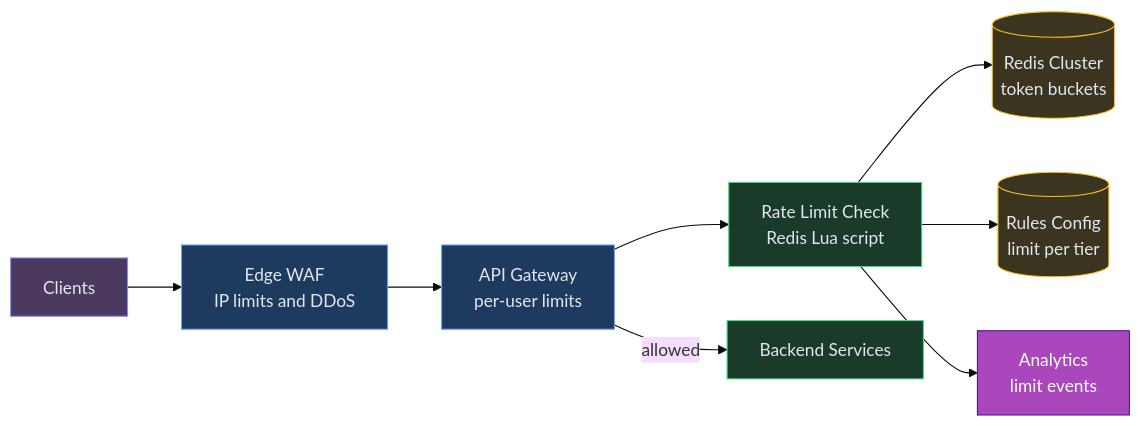
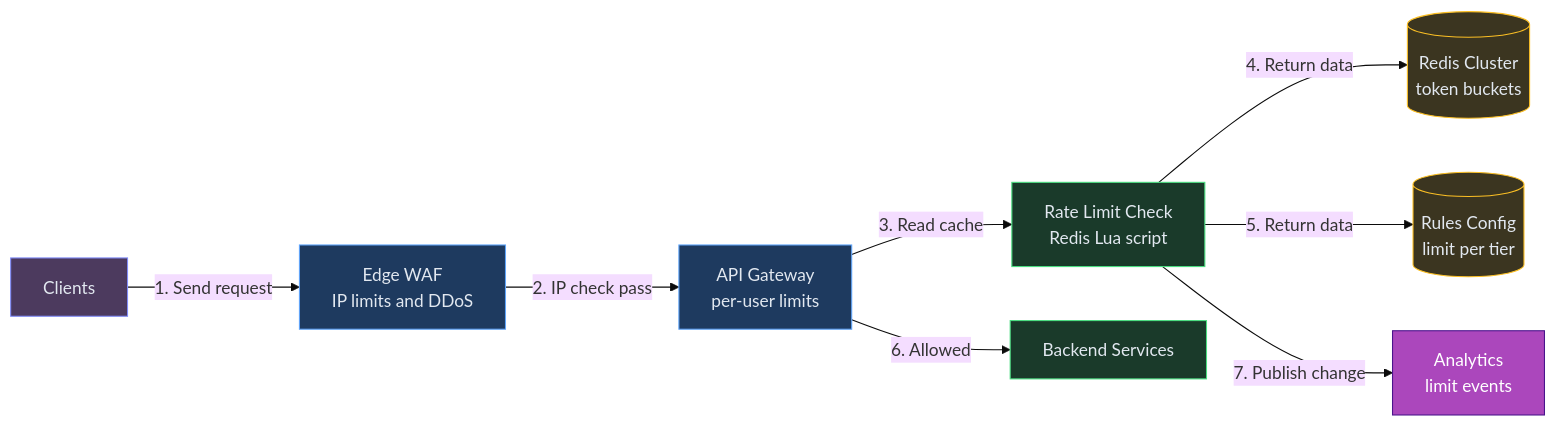
Before and after one commit to iluzn/HLD-Designs: diagram 15 of 15 in content/hld/RateLimiter.md, drawn with Mermaid (base theme). The commit also changed other lines of this file and 27 other files, not shown here.

````diff
--- a/content/hld/RateLimiter.md
+++ b/content/hld/RateLimiter.md
@@ -697,25 +697,25 @@
 ```mermaid
 flowchart LR
     CLIENTS["Clients"]:::client
     EDGE["Edge WAF<br/>IP limits and DDoS"]:::edge
     GW["API Gateway<br/>per-user limits"]:::edge
     RL["Rate Limit Check<br/>Redis Lua script"]:::service
     REDIS[("Redis Cluster<br/>token buckets")]:::data
     RULES[("Rules Config<br/>limit per tier")]:::data
     API["Backend Services"]:::service
     K["Analytics<br/>limit events"]:::async
 
-    CLIENTS --> EDGE
-    EDGE --> GW
-    GW --> RL
-    RL --> REDIS
-    RL --> RULES
-    GW -->|"allowed"| API
-    RL --> K
+    CLIENTS -->|"1. Send request"| EDGE
+    EDGE -->|"2. IP check pass"| GW
+    GW -->|"3. Read cache"| RL
+    RL -->|"4. Return data"| REDIS
+    RL -->|"5. Return data"| RULES
+    GW -->|"6. Allowed"| API
+    RL -->|"7. Publish change"| K
 
     classDef client fill:#4c3a5e,stroke:#818cf8,color:#e2e8f0
     classDef edge fill:#1e3a5f,stroke:#60a5fa,color:#e2e8f0
     classDef service fill:#1a3a2a,stroke:#4ade80,color:#e2e8f0
     classDef async fill:#AB47BC,stroke:#4A148C,color:#fff
     classDef data fill:#3b3520,stroke:#fbbf24,color:#e2e8f0
 ```
````
